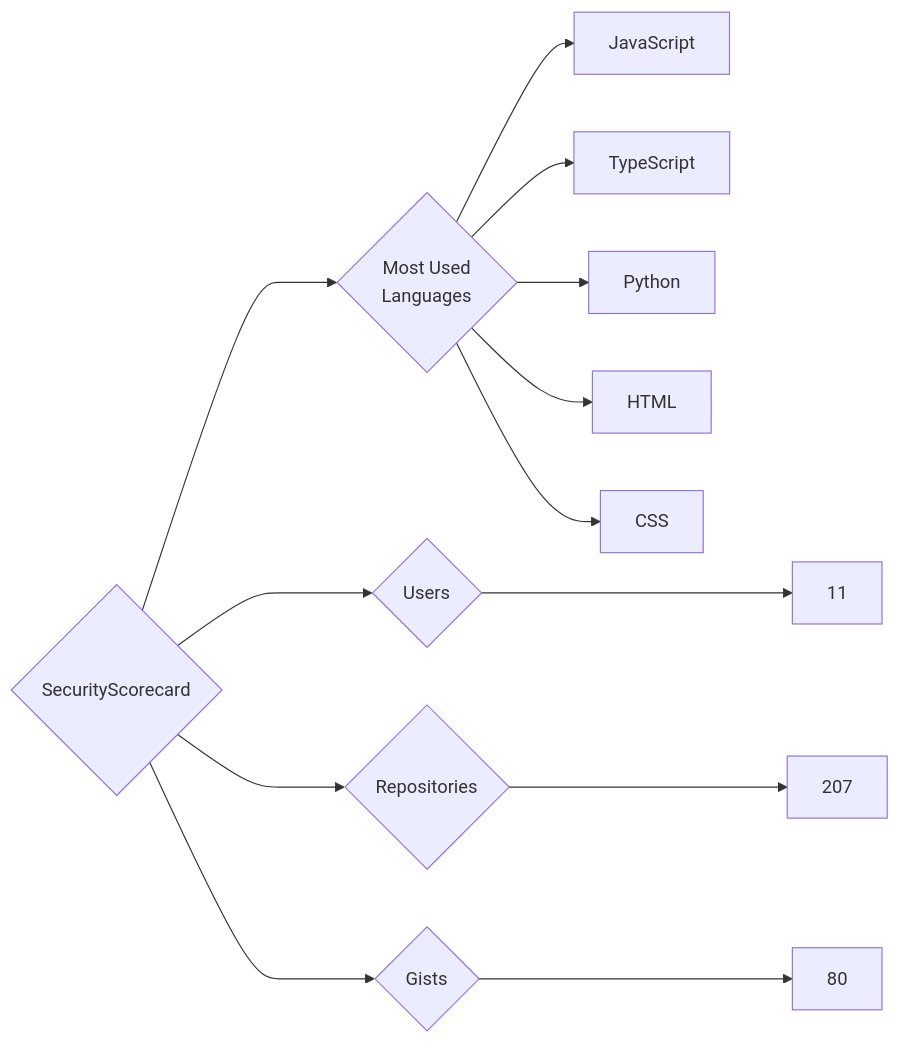
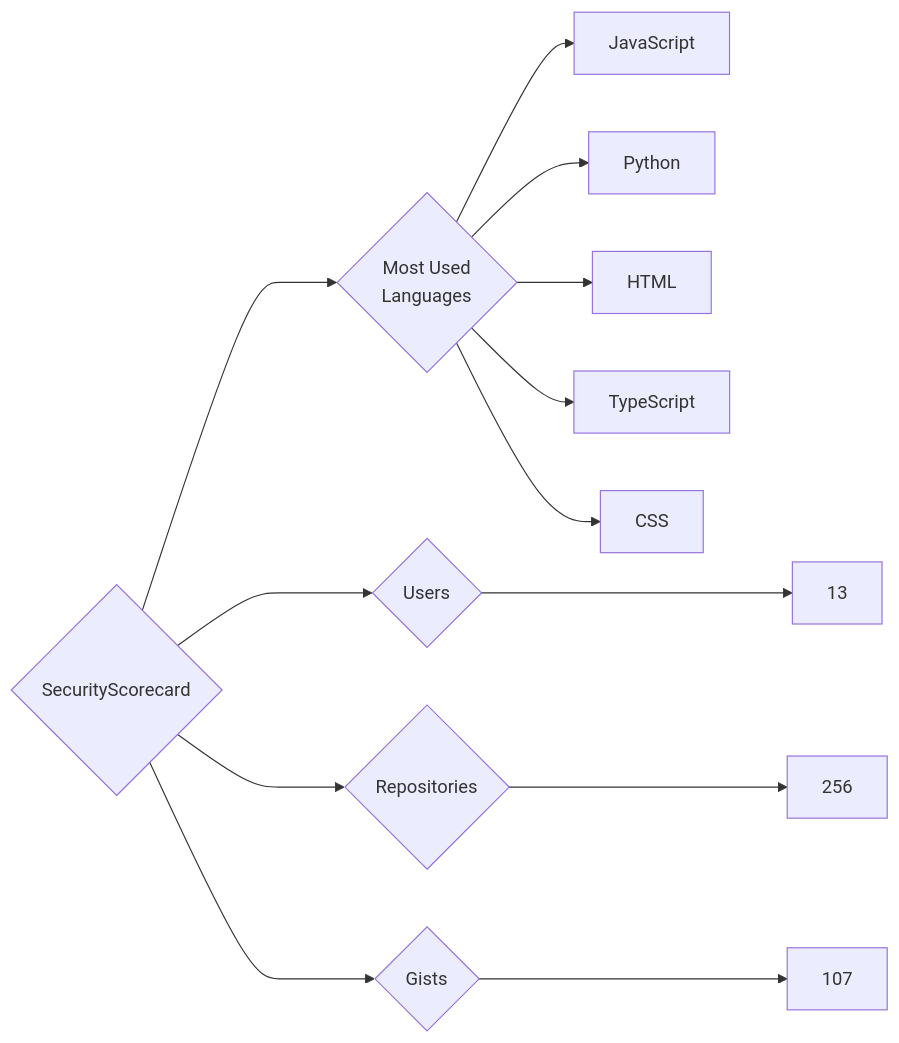
One commit to trickest/insiders changed the diagram in targets/SecurityScorecard/README.md. Above: the diagram before and after it, drawn with Mermaid. The commit also changed 955 other files, not shown here.

````diff
--- a/targets/SecurityScorecard/README.md
+++ b/targets/SecurityScorecard/README.md
@@ -3,13 +3,13 @@
 ```mermaid
 graph LR
 COMPANY_NAME{SecurityScorecard}
-COMPANY_NAME ---> U{Users} ---> UN[11]
-COMPANY_NAME ---> R{Repositories} ---> RN[207]
-COMPANY_NAME ---> G{Gists} ---> GN[80]
+COMPANY_NAME ---> U{Users} ---> UN[13]
+COMPANY_NAME ---> R{Repositories} ---> RN[256]
+COMPANY_NAME ---> G{Gists} ---> GN[107]
 COMPANY_NAME ---> ML{Most Used<br>Languages}
 ML --> JavaScript[JavaScript]
-ML --> TypeScript[TypeScript]
 ML --> Python[Python]
 ML --> HTML[HTML]
+ML --> TypeScript[TypeScript]
 ML --> CSS[CSS]
 ```
````
